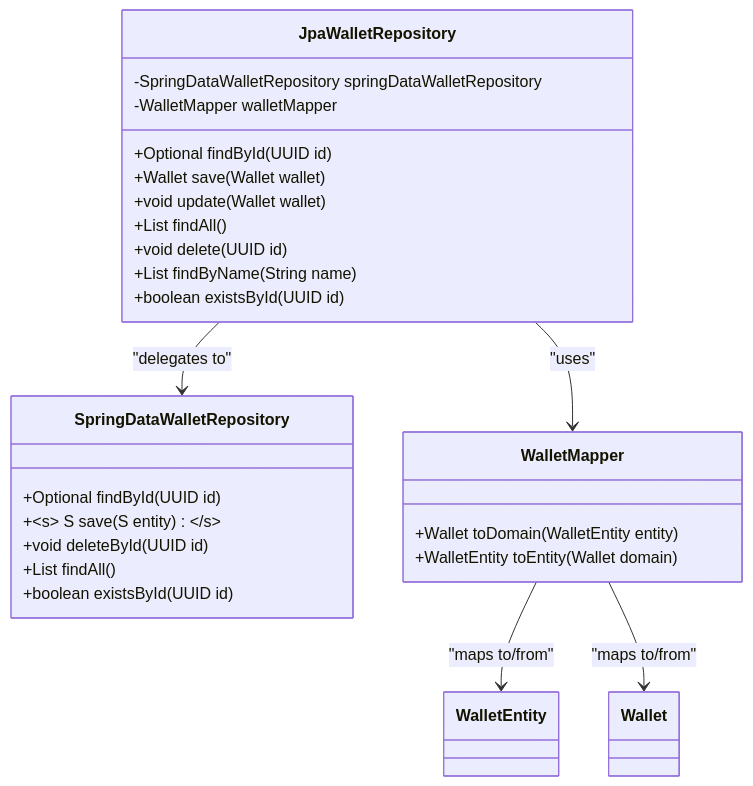
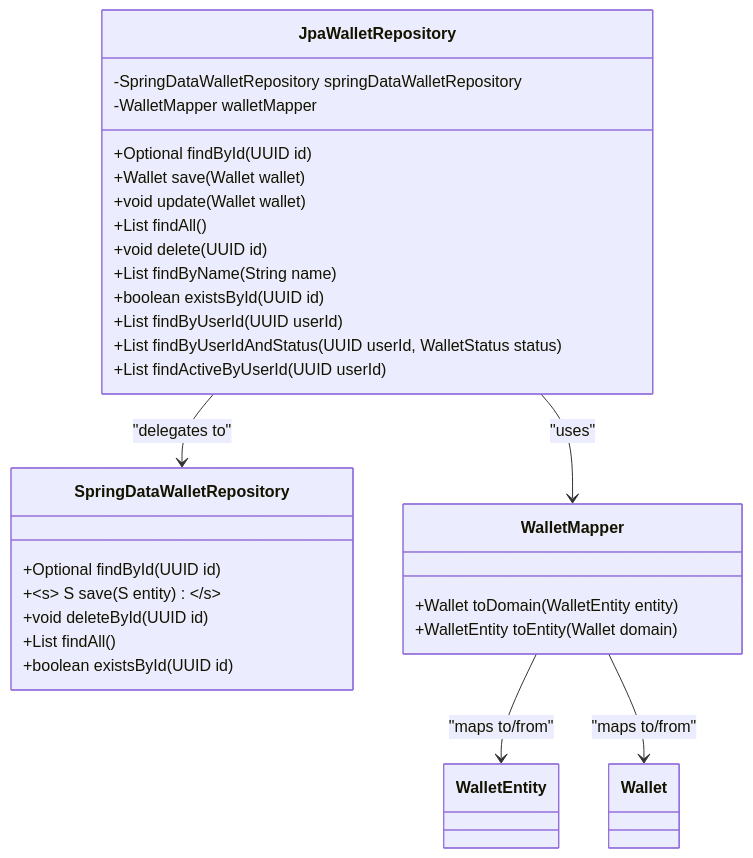
The third of 10 diagrams in .qoder/repowiki/en/content/Persistence Layer/Repository Pattern Implementation.md (italoag/wallet), drawn with Mermaid before and after one commit. The commit also changed other lines of this file and 11 other files, not shown here.

````diff
--- a/.qoder/repowiki/en/content/Persistence Layer/Repository Pattern Implementation.md
+++ b/.qoder/repowiki/en/content/Persistence Layer/Repository Pattern Implementation.md
@@ -95,29 +107,32 @@
 ```mermaid
 classDiagram
 class JpaWalletRepository {
 -SpringDataWalletRepository springDataWalletRepository
 -WalletMapper walletMapper
 +Optional<Wallet> findById(UUID id)
 +Wallet save(Wallet wallet)
 +void update(Wallet wallet)
 +List<Wallet> findAll()
 +void delete(UUID id)
 +List<Wallet> findByName(String name)
 +boolean existsById(UUID id)
++List<Wallet> findByUserId(UUID userId)
++List<Wallet> findByUserIdAndStatus(UUID userId, WalletStatus status)
++List<Wallet> findActiveByUserId(UUID userId)
 }
 class SpringDataWalletRepository {
 +Optional<WalletEntity> findById(UUID id)
 +<S extends WalletEntity> S save(S entity)
 +void deleteById(UUID id)
 +List<WalletEntity> findAll()
 +boolean existsById(UUID id)
 }
 class WalletMapper {
 +Wallet toDomain(WalletEntity entity)
 +WalletEntity toEntity(Wallet domain)
 }
 JpaWalletRepository --> SpringDataWalletRepository : "delegates to"
 JpaWalletRepository --> WalletMapper : "uses"
 WalletMapper --> WalletEntity : "maps to/from"
 WalletMapper --> Wallet : "maps to/from"
 ```
````
